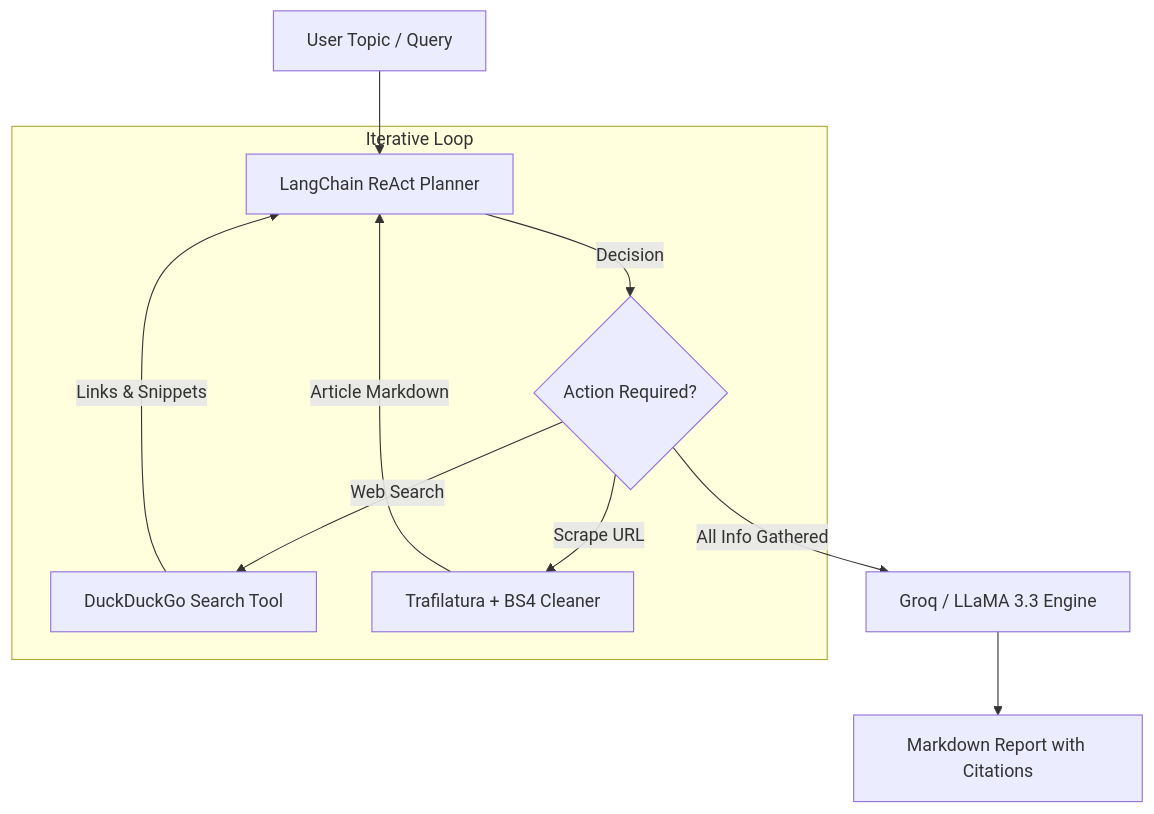
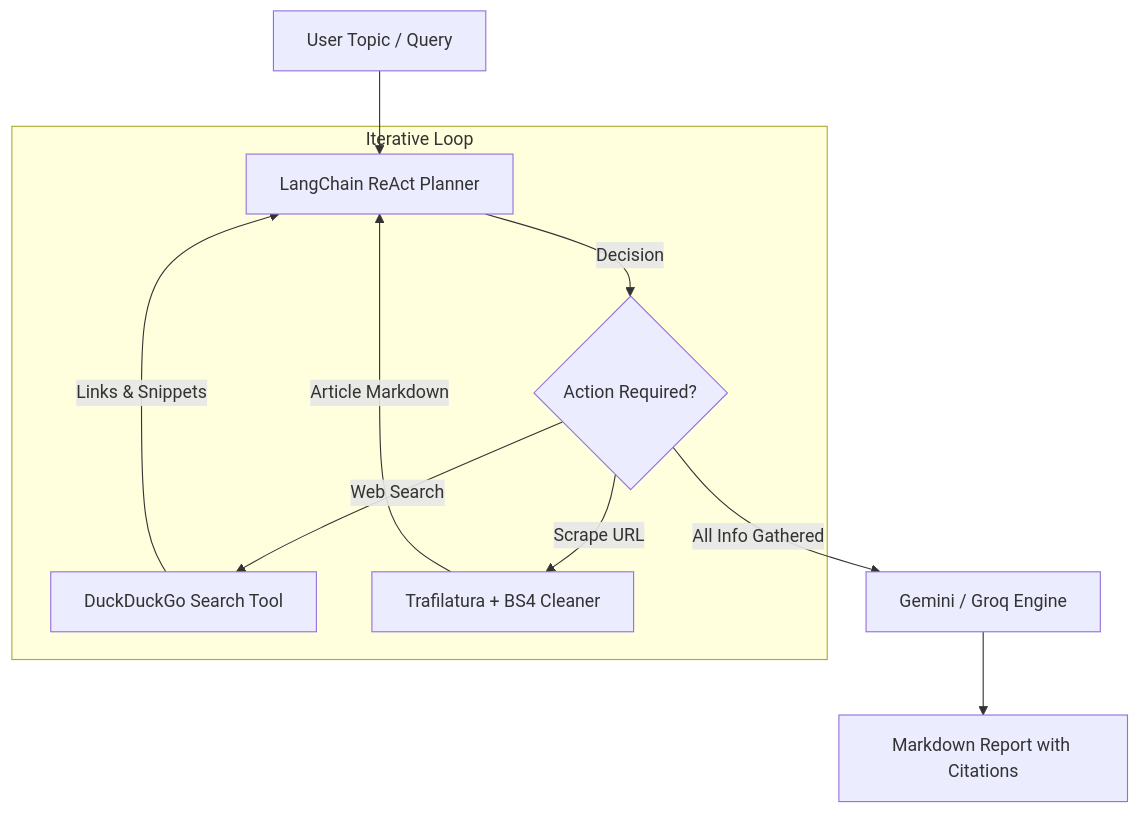
Before and after one commit to din-esh-kumar/Vectronyx: the second of 3 diagrams in docs/AI_MODULES.md, drawn with Mermaid. The commit also changed other lines of this file and 8 other files, not shown here.

Commit message:
docs(architecture): update documentation suite to cloud-native storage, pgvector, and Gemini/Groq dual inference

````diff
--- a/docs/AI_MODULES.md
+++ b/docs/AI_MODULES.md
@@ -58,15 +61,15 @@
 ```mermaid
 flowchart TD
     UserQuery[User Topic / Query] --> Planner[LangChain ReAct Planner]
     
     subgraph Iterative Loop
         Planner -->|Decision| ToolChoice{Action Required?}
         ToolChoice -->|Web Search| DDG[DuckDuckGo Search Tool]
         ToolChoice -->|Scrape URL| Scraper[Trafilatura + BS4 Cleaner]
         DDG -->|Links & Snippets| Planner
         Scraper -->|Article Markdown| Planner
     end
     
-    ToolChoice -->|All Info Gathered| Synthesizer[Groq / LLaMA 3.3 Engine]
+    ToolChoice -->|All Info Gathered| Synthesizer[Gemini / Groq Engine]
     Synthesizer --> FinalReport[Markdown Report with Citations]
 ```
````
